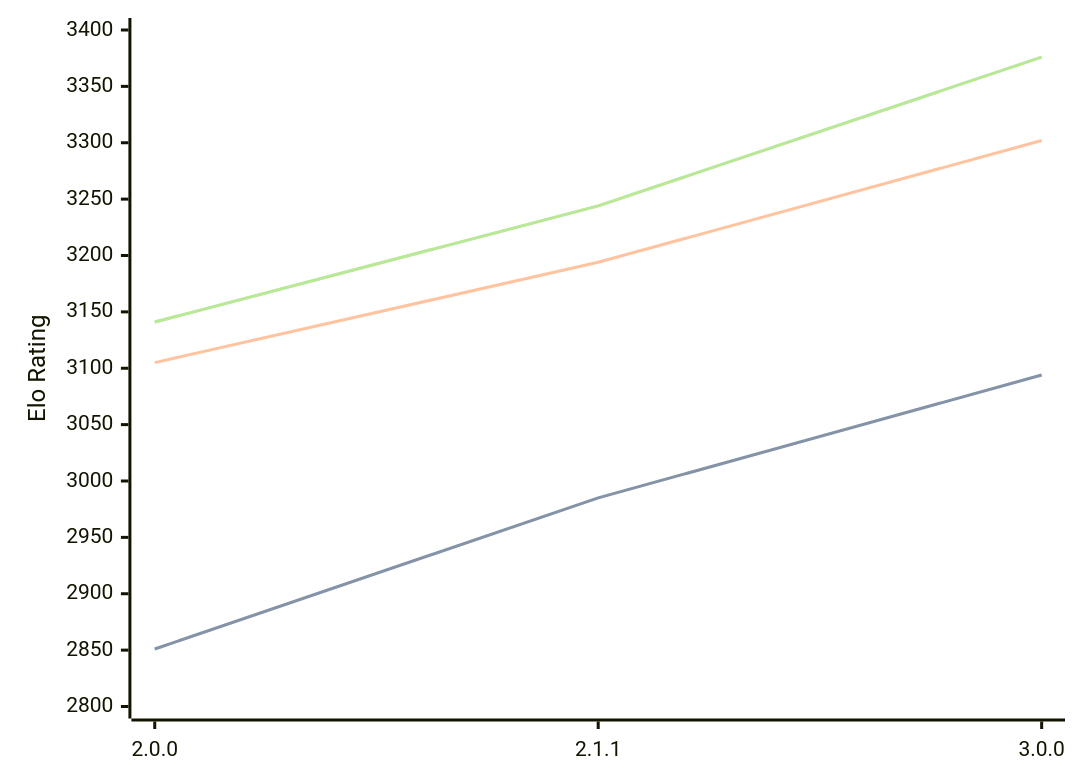
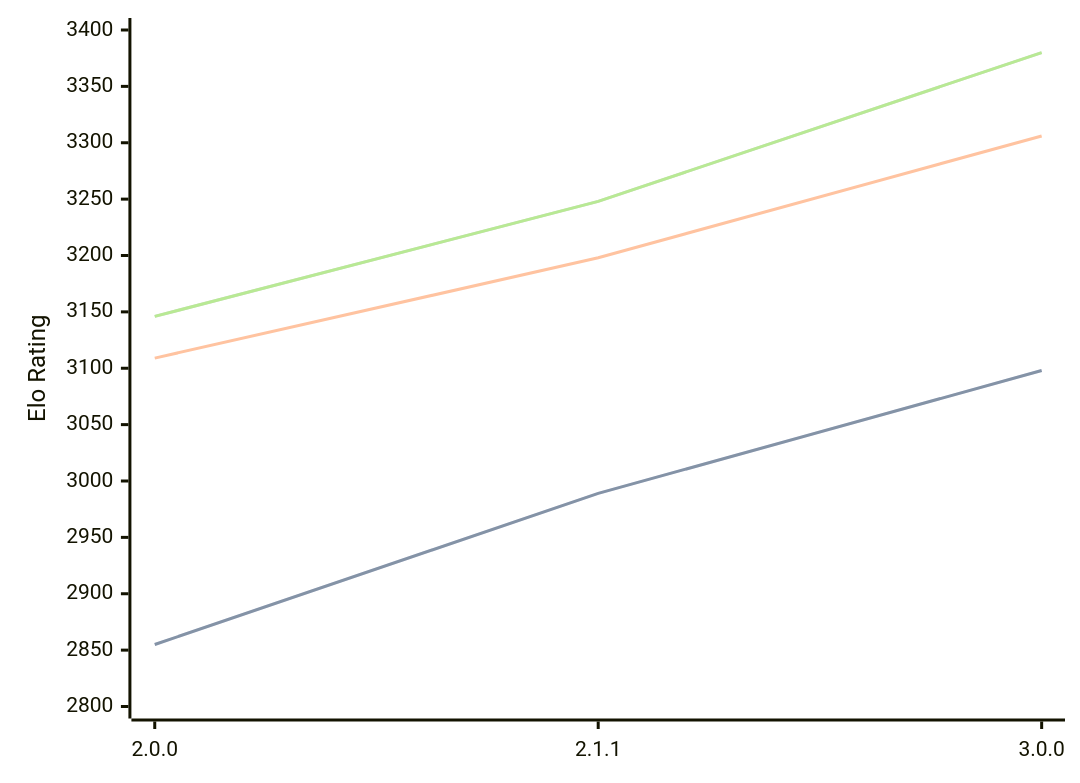
One commit to computer-chess-index/cci changed the diagram in engines/Bread.md. Above: the diagram before and after it, drawn with Mermaid. The commit also changed other lines of this file, not shown here.

Commit message:
Update CCI Ratings (ELO VLTC) - 2026-08-18

````diff
--- a/engines/Bread.md
+++ b/engines/Bread.md
@@ -36,11 +36,11 @@
 ```mermaid
 %%{init: {"theme":"base","themeVariables":{"seriesColors:['#a3a3a3','#222221','#faa371']}}}%%
 xychart-beta
   x-axis ["2.0.0", "2.1.1", "3.0.0"]
   y-axis "Elo Rating" 2800 --> 3400
-  line "STC (8.0+0.08s)" [2851, 2985, 3094]
-  line "STC (8.0+0.08s)" [2851, 2985, 3094]
-  line "LTC (60.0+0.60s)" [3105, 3194, 3302]
-  line "VLTC (2m24s+1.12s)" [3141, 3244, 3376]
-  line "VLTC (2m24s+1.12s)" [3141, 3244, 3376]
+  line "STC (8.0+0.08s)" [2855, 2989, 3098]
+  line "STC (8.0+0.08s)" [2855, 2989, 3098]
+  line "LTC (60.0+0.60s)" [3109, 3198, 3306]
+  line "VLTC (2m24s+1.12s)" [3146, 3248, 3380]
+  line "VLTC (2m24s+1.12s)" [3146, 3248, 3380]
 ```
````
